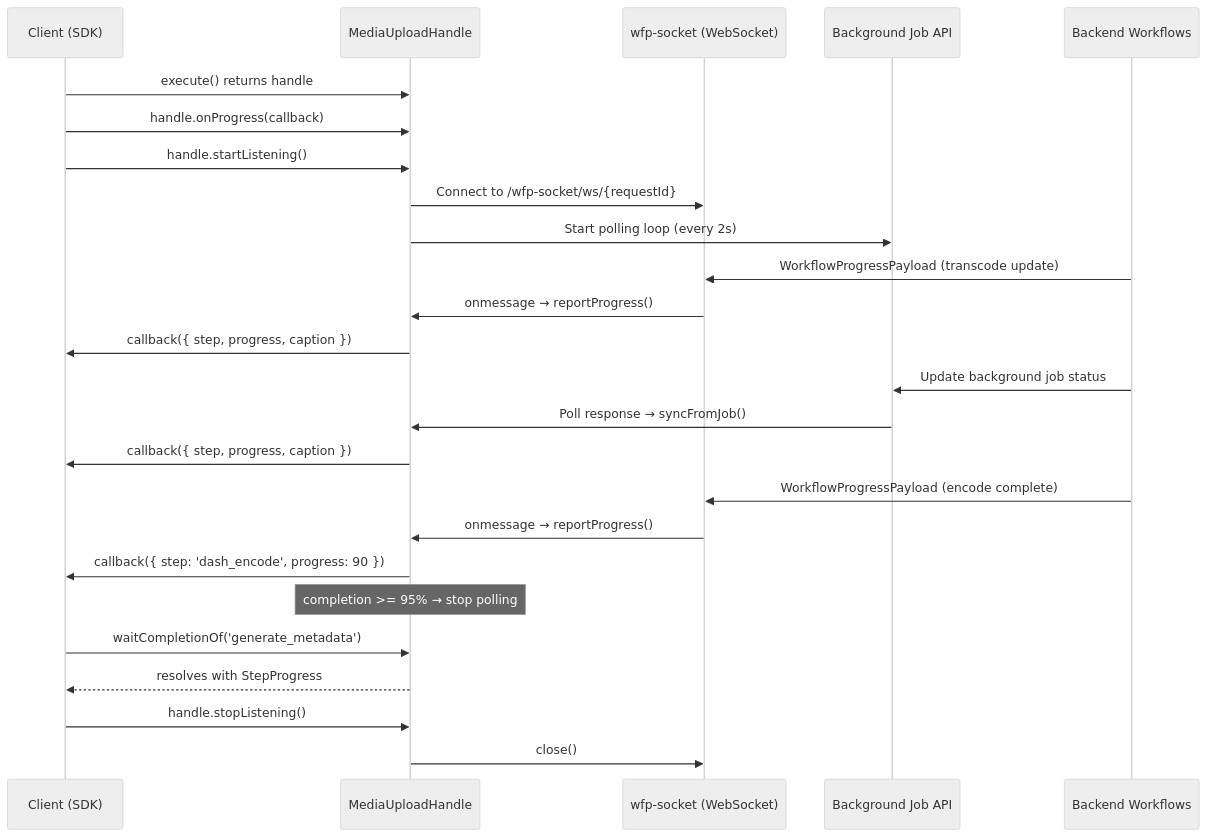
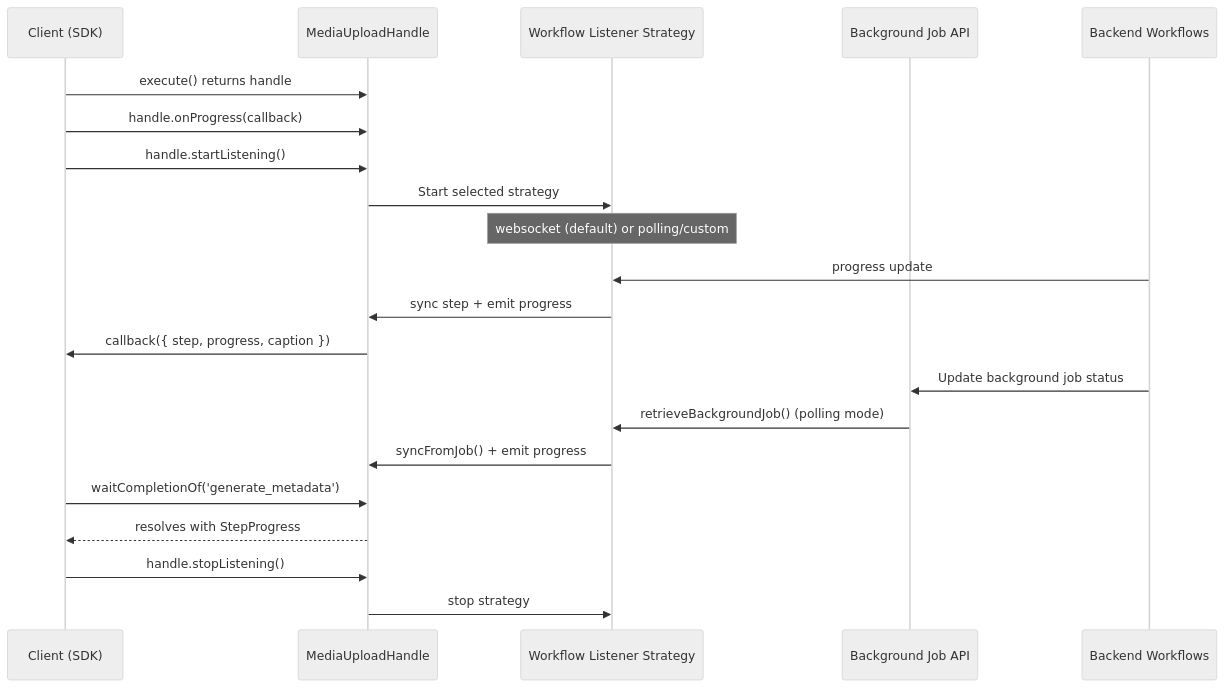
Before and after one commit to Elacity/wiki: the second of 2 diagrams in media-packager/architecture/workflow.md, drawn with Mermaid (neutral theme). The commit also changed other lines of this file and 16 other files, not shown here.

````diff
--- a/media-packager/architecture/workflow.md
+++ b/media-packager/architecture/workflow.md
@@ -35,35 +35,29 @@
 ```mermaid
 sequenceDiagram
     participant Client as Client (SDK)
     participant Handle as MediaUploadHandle
-    participant WS as wfp-socket (WebSocket)
+    participant Listener as Workflow Listener Strategy
     participant API as Background Job API
     participant Backend as Backend Workflows
 
     Client->>Handle: execute() returns handle
     Client->>Handle: handle.onProgress(callback)
     Client->>Handle: handle.startListening()
 
-    Handle->>WS: Connect to /wfp-socket/ws/{requestId}
-    Handle->>API: Start polling loop (every 2s)
+    Handle->>Listener: Start selected strategy
+    Note over Listener: websocket (default) or polling/custom
 
-    Backend->>WS: WorkflowProgressPayload (transcode update)
-    WS->>Handle: onmessage → reportProgress()
+    Backend->>Listener: progress update
+    Listener->>Handle: sync step + emit progress
     Handle->>Client: callback({ step, progress, caption })
 
     Backend->>API: Update background job status
-    API->>Handle: Poll response → syncFromJob()
-    Handle->>Client: callback({ step, progress, caption })
-
-    Backend->>WS: WorkflowProgressPayload (encode complete)
-    WS->>Handle: onmessage → reportProgress()
-    Handle->>Client: callback({ step: 'dash_encode', progress: 90 })
-
-    Note over Handle: completion >= 95% → stop polling
+    API->>Listener: retrieveBackgroundJob() (polling mode)
+    Listener->>Handle: syncFromJob() + emit progress
 
     Client->>Handle: waitCompletionOf('generate_metadata')
     Handle-->>Client: resolves with StepProgress
 
     Client->>Handle: handle.stopListening()
-    Handle->>WS: close()
+    Handle->>Listener: stop strategy
 ```
````
